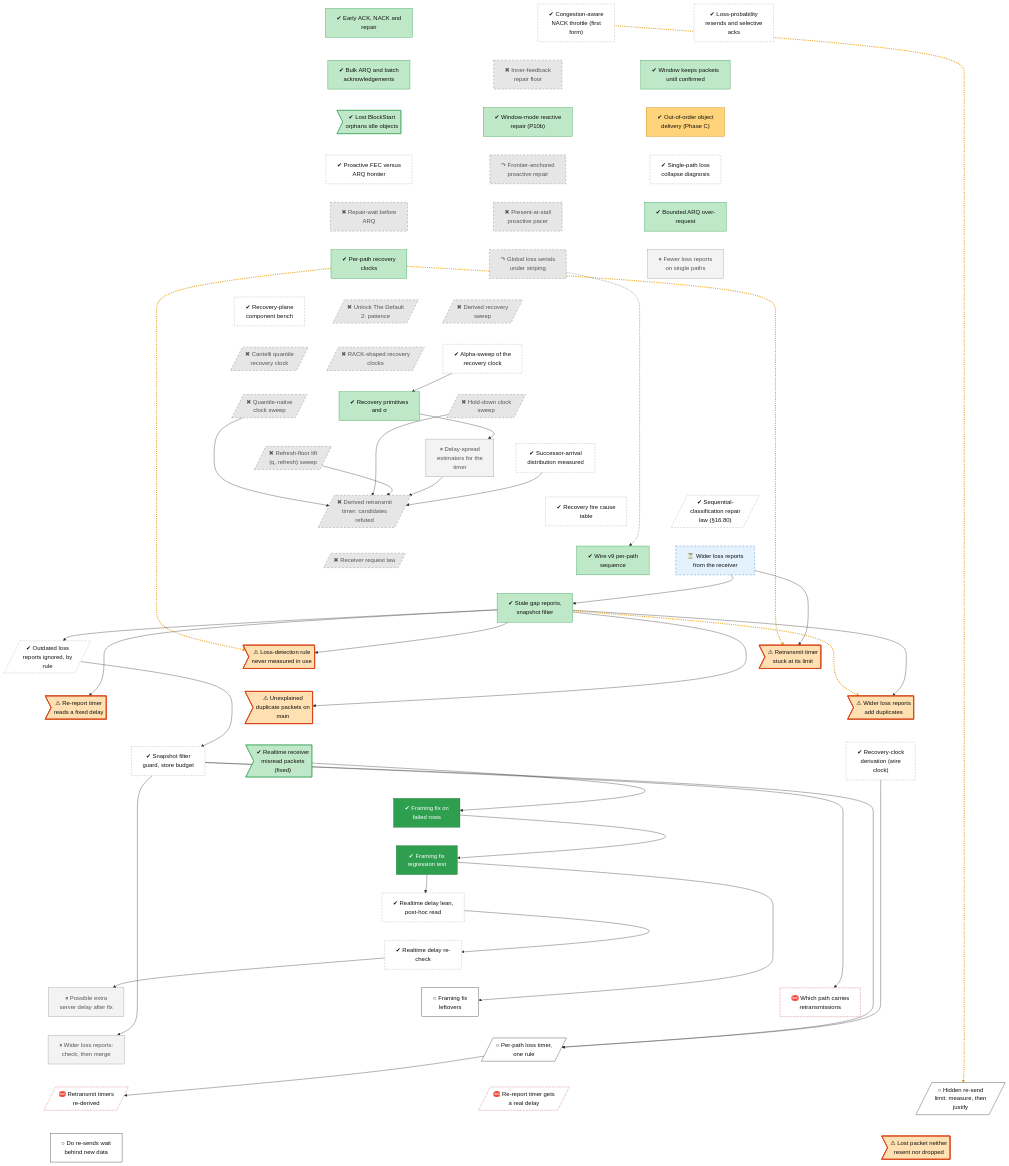
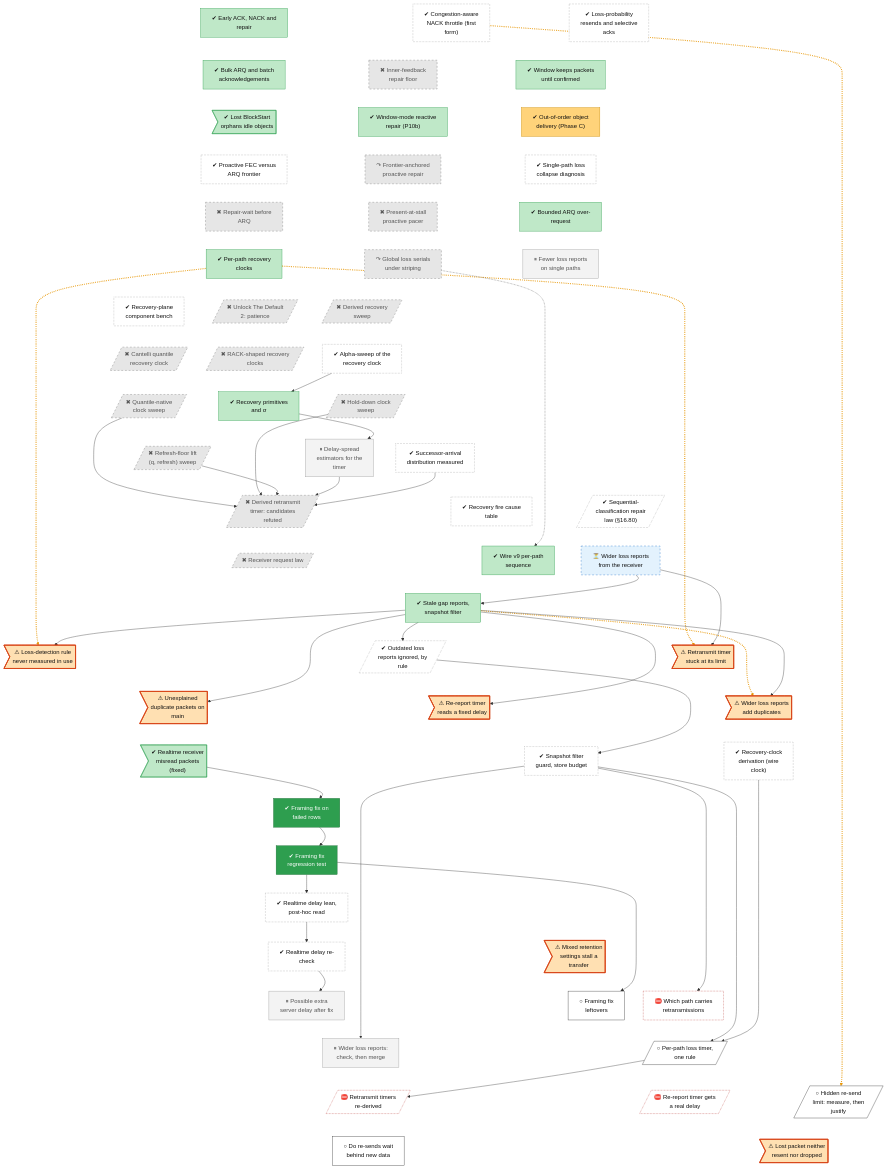
One commit to lhns/raptorpath changed the diagram in docs/roadmap/tracks/rec.md. Above: the diagram before and after it, drawn with Mermaid. The commit also changed other lines of this file and 4 other files, not shown here.

Commit message:
roadmap: new nodes for the twelve rho splits (owner option B) and the mixed-retention stall

```diff
--- a/docs/roadmap/tracks/rec.md
+++ b/docs/roadmap/tracks/rec.md
@@ -59,6 +59,7 @@
     rec_f2_merge_guard["✔ Framing fix<br/>regression test"]
     rec_s64_delay_lean["✔ Realtime delay lean,<br/>post-hoc read"]
     rec_realtime_delay_recheck["✔ Realtime delay re-<br/>check"]
+    rec_mixed_rho_stall>"⚠ Mixed retention<br/>settings stall a<br/>transfer"]
     rec_realtime_srv_lag_lean["⏸ Possible extra<br/>server delay after fix"]
     rec_framing_followups["○ Framing fix<br/>leftovers"]
     rec_w0_leg_question["⛔ Which path carries<br/>retransmissions"]
@@ -120,9 +121,10 @@
     rec_s63_f2_first_contact ~~~ rec_f2_merge_guard
     rec_f2_merge_guard ~~~ rec_s64_delay_lean
     rec_s64_delay_lean ~~~ rec_realtime_delay_recheck
+    rec_s64_delay_lean ~~~ rec_mixed_rho_stall
     rec_realtime_delay_recheck ~~~ rec_realtime_srv_lag_lean
-    rec_realtime_delay_recheck ~~~ rec_framing_followups
-    rec_realtime_delay_recheck ~~~ rec_w0_leg_question
+    rec_mixed_rho_stall ~~~ rec_framing_followups
+    rec_mixed_rho_stall ~~~ rec_w0_leg_question
     rec_realtime_srv_lag_lean ~~~ rec_leverb_guard
     rec_framing_followups ~~~ rec_fix_perleg_clock_n1
     rec_w0_leg_question ~~~ rec_fix_perleg_clock_n1
@@ -163,7 +165,7 @@
     rec_s54_session --> rec_fix_perleg_clock_n1
     rec_wire_clock_derivation --> rec_fix_perleg_clock_n1
     rec_fix_perleg_clock_n1 --> rec_recovery_timeouts
-    linkStyle 63,64,65,75 stroke:#e69500,stroke-width:3px,stroke-dasharray:2 3
+    linkStyle 64,65,66,76 stroke:#e69500,stroke-width:3px,stroke-dasharray:2 3
     classDef vsucc fill:#2e9e4f,stroke:#1b6b34,color:#fff
     classDef succ fill:#bfe8c8,stroke:#2e9e4f,color:#111
     classDef mixed fill:#ffd37a,stroke:#c98a00,color:#111
@@ -183,7 +185,7 @@
     class rec_rwm_phase_c mixed
     class rec_recov_sp,rec_dispersion_est,rec_realtime_srv_lag_lean,rec_leverb_guard parked
     class rec_gap_horizon waiting
-    class rec_defect_qclk_clamp,rec_defect_hole_law,rec_defect_refresh_input,rec_leverb_c1d_cost,rec_defect_base_duplicates,rec_evict_blocker_unresolved defect
+    class rec_defect_qclk_clamp,rec_defect_hole_law,rec_defect_refresh_input,rec_leverb_c1d_cost,rec_defect_base_duplicates,rec_mixed_rho_stall,rec_evict_blocker_unresolved defect
     class rec_s63_f2_first_contact,rec_f2_merge_guard vsucc
     class rec_framing_followups,rec_fix_perleg_clock_n1,rec_fix_nack_throttle,rec_retx_behind_source next
     class rec_w0_leg_question,rec_recovery_timeouts,rec_fix_refresh_clock blocked
```
